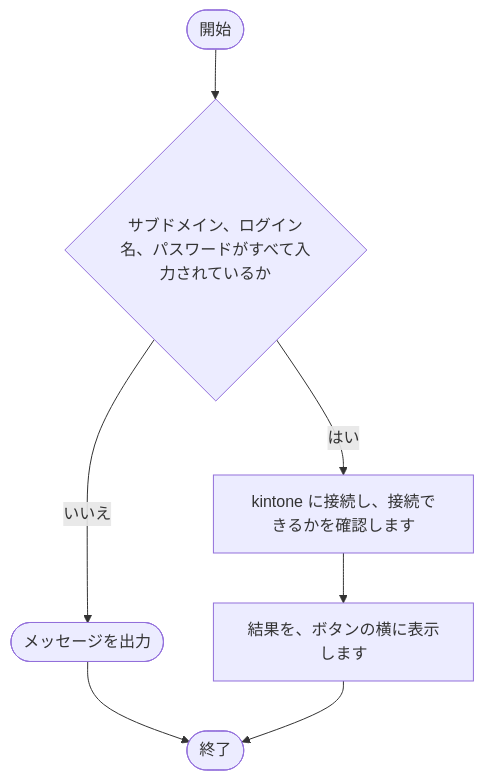
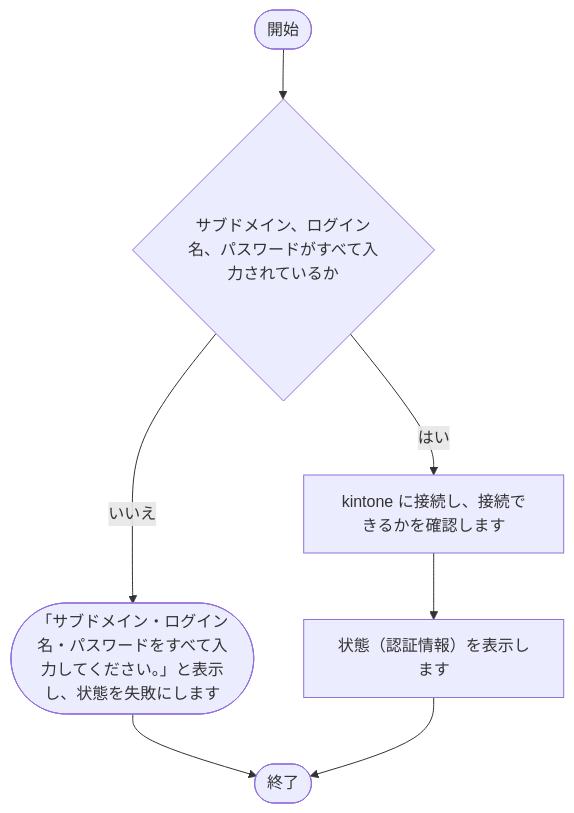
Before and after one commit to nishida2073/project_management: diagram 15 of 16 in tool/kintone-resourse-generator/doc/02_設計/処理フロー.md, drawn with Mermaid. The commit also changed other lines of this file and 81 other files, not shown here.

````diff
--- a/tool/kintone-resourse-generator/doc/02_設計/処理フロー.md
+++ b/tool/kintone-resourse-generator/doc/02_設計/処理フロー.md
@@ -425,15 +439,15 @@
 ```mermaid
 flowchart TD
     S(["開始"])
     E(["終了"])
     N1{"サブドメイン、ログイン名、パスワードがすべて入力されているか"}
-    X1(["メッセージを出力"])
+    X1(["「サブドメイン・ログイン名・パスワードをすべて入力してください。」と表示し、状態を失敗にします"])
     X1 --> E
     N1 -- いいえ --> X1
     S --> N1
     N2["kintone に接続し、接続できるかを確認します"]
     N1 -- はい --> N2
-    N3["結果を、ボタンの横に表示します"]
+    N3["状態（認証情報）を表示します"]
     N2 --> N3
     N3 --> E
 ```
````
